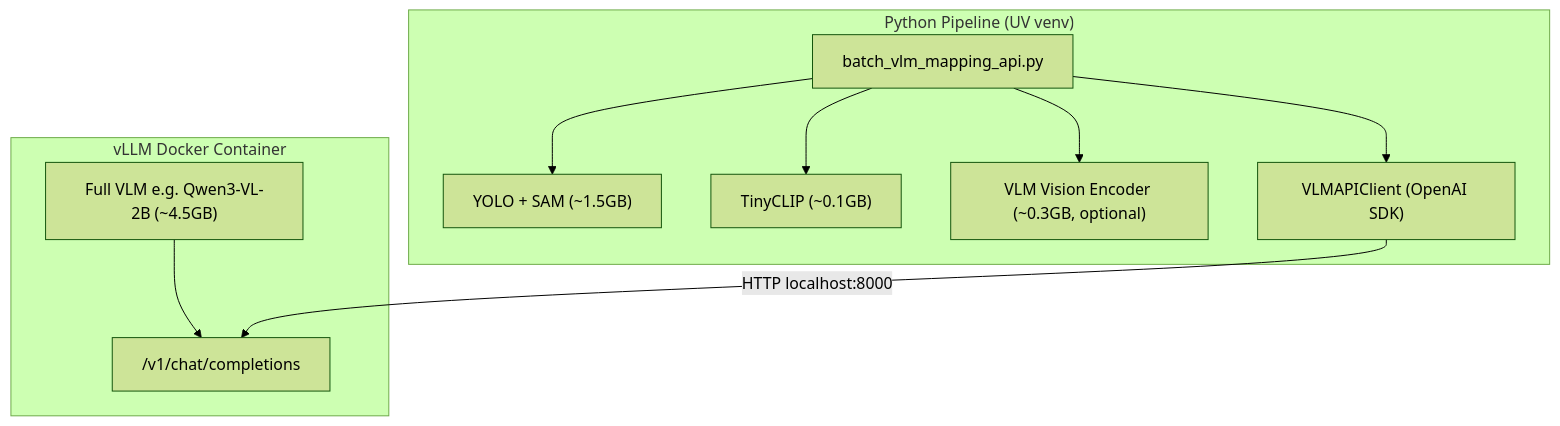
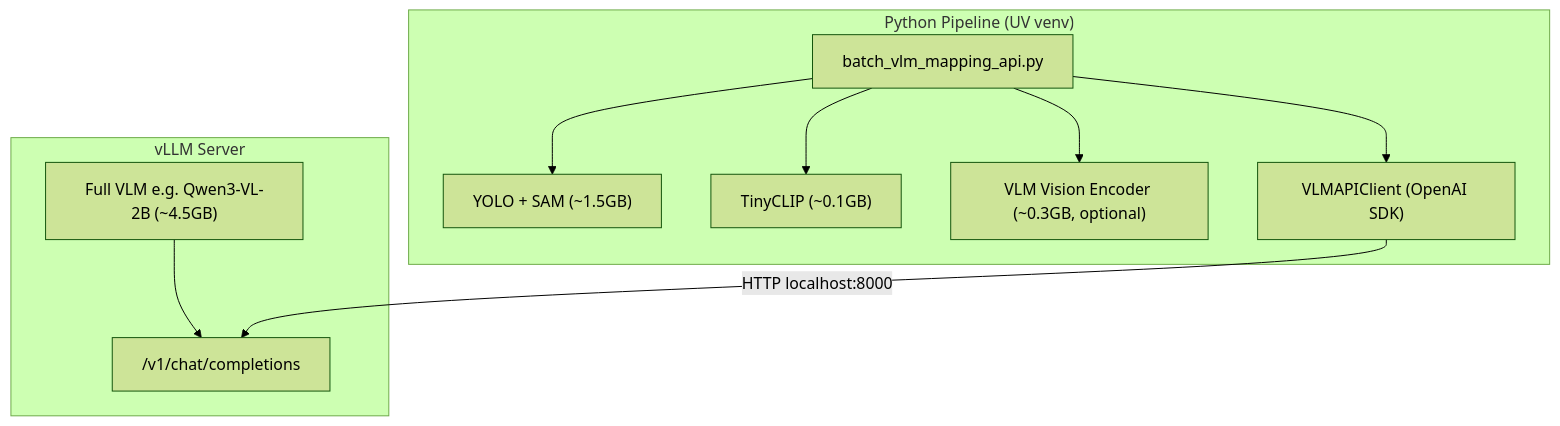
One commit to aitechroberts/neuro-nav changed the diagram in VLLM_API.md. Above: the diagram before and after it, drawn with Mermaid (forest theme). The commit also changed other lines of this file and 3 other files, not shown here.

````diff
--- a/VLLM_API.md
+++ b/VLLM_API.md
@@ -15,23 +15,23 @@
 ```mermaid
 flowchart TB
   subgraph pipeline ["Python Pipeline (UV venv)"]
     YOLO["YOLO + SAM (~1.5GB)"]
     TinyCLIP["TinyCLIP (~0.1GB)"]
     VLMEncoder["VLM Vision Encoder (~0.3GB, optional)"]
     APIClient["VLMAPIClient (OpenAI SDK)"]
     BatchScript["batch_vlm_mapping_api.py"]
 
     BatchScript --> YOLO
     BatchScript --> TinyCLIP
     BatchScript --> VLMEncoder
     BatchScript --> APIClient
   end
 
-  subgraph container ["vLLM Docker Container"]
+  subgraph server ["vLLM Server"]
     FullModel["Full VLM e.g. Qwen3-VL-2B (~4.5GB)"]
     Endpoint["/v1/chat/completions"]
     FullModel --> Endpoint
   end
 
   APIClient -->|"HTTP localhost:8000"| Endpoint
 ```
````
